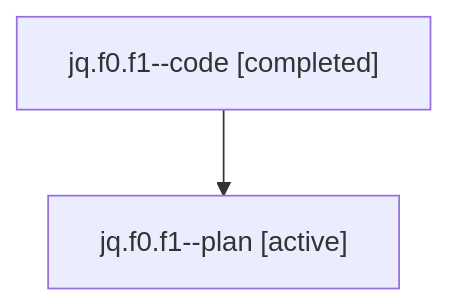
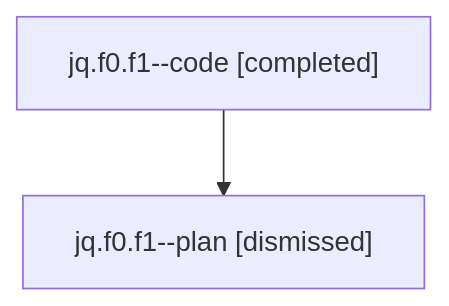
Before and after one commit to sase-org/sase--agents: the diagram in sessions/bbugyi200.athena.jq.f0.f1.md, drawn with Mermaid. The commit also changed other lines of this file and 50 other files, not shown here.

````diff
--- a/sessions/bbugyi200.athena.jq.f0.f1.md
+++ b/sessions/bbugyi200.athena.jq.f0.f1.md
@@ -9,6 +9,6 @@
 ```mermaid
 flowchart TD
   n0["jq.f0.f1--code [completed]"]
-  n1["jq.f0.f1--plan [active]"]
+  n1["jq.f0.f1--plan [dismissed]"]
   n0 --> n1
 ```
````
